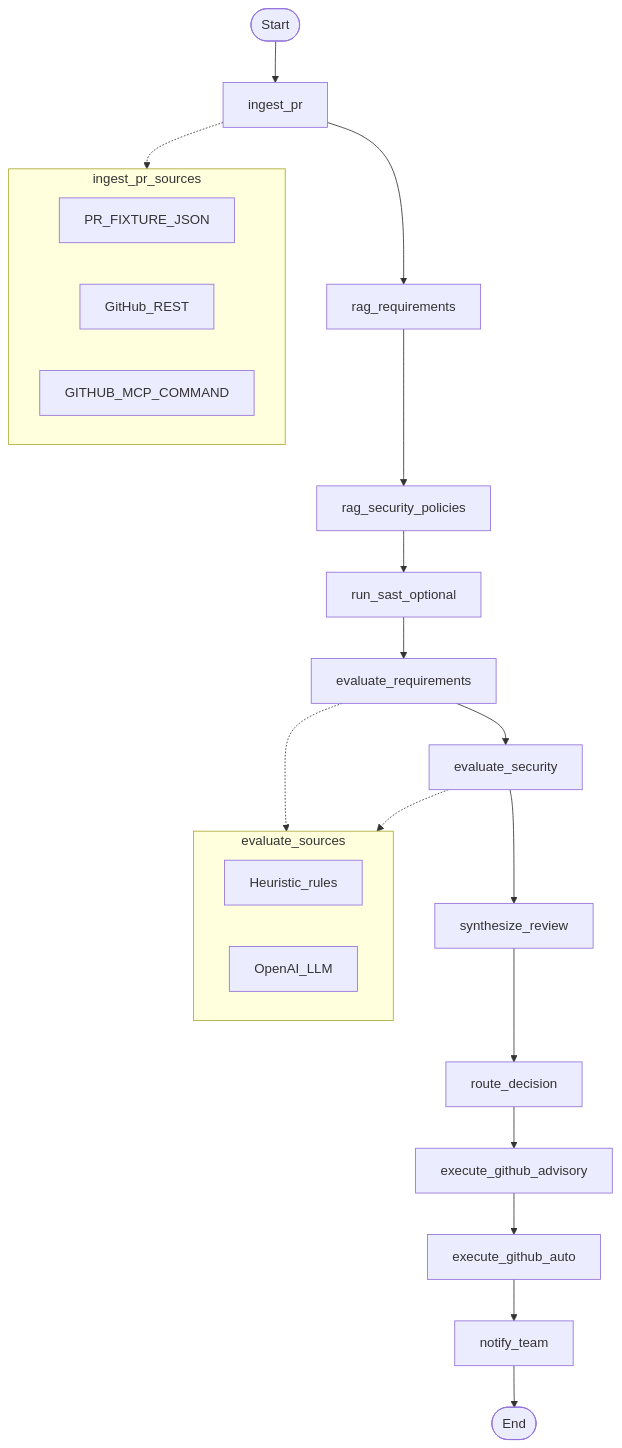
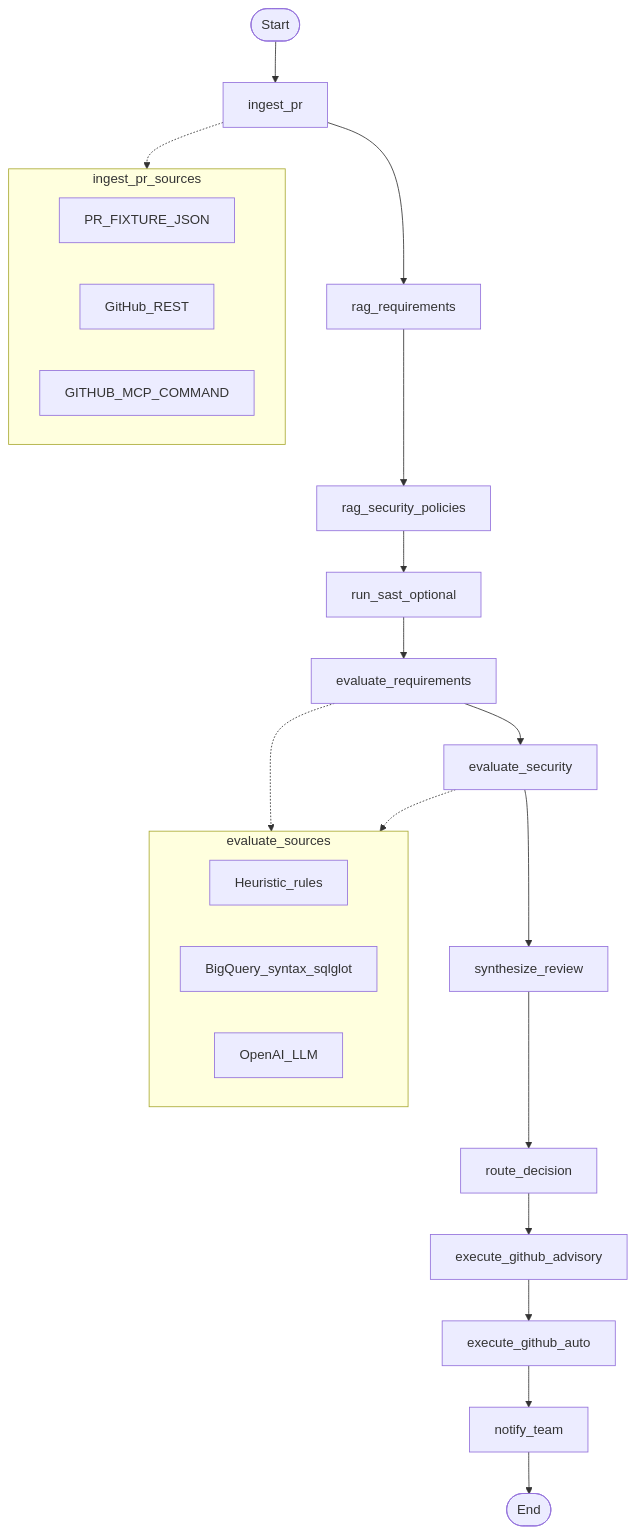
The third of 8 diagrams in docs/pr-governance-agent-architecture.md (dwgupta/pr-governance-agent), drawn with Mermaid before and after one commit. The commit also changed other lines of this file and 29 other files, not shown here.

First line of the commit message:
Add BigQuery SQL validation, LLM usage UI, and governance hardening.

````diff
--- a/docs/pr-governance-agent-architecture.md
+++ b/docs/pr-governance-agent-architecture.md
@@ -90,30 +90,31 @@
 ```mermaid
 flowchart TD
   start([Start]) --> ingest_pr
   ingest_pr[ingest_pr]
   ingest_pr --> rag_req[rag_requirements]
   rag_req --> rag_sec[rag_security_policies]
   rag_sec --> sast[run_sast_optional]
   sast --> eval_req[evaluate_requirements]
   eval_req --> eval_sec[evaluate_security]
   eval_sec --> synth[synthesize_review]
   synth --> route[route_decision]
   route --> gh_adv[execute_github_advisory]
   gh_adv --> gh_auto[execute_github_auto]
   gh_auto --> notify[notify_team]
   notify --> endNode([End])
 
   subgraph ingest_detail [ingest_pr_sources]
     FIX[PR_FIXTURE_JSON]
     REST[GitHub_REST]
     MCPCmd[GITHUB_MCP_COMMAND]
   end
   ingest_pr -.-> ingest_detail
 
   subgraph eval_detail [evaluate_sources]
     HEU[Heuristic_rules]
+    BQSQL[BigQuery_syntax_sqlglot]
     OAI[OpenAI_LLM]
   end
   eval_req -.-> eval_detail
   eval_sec -.-> eval_detail
 ```
````
